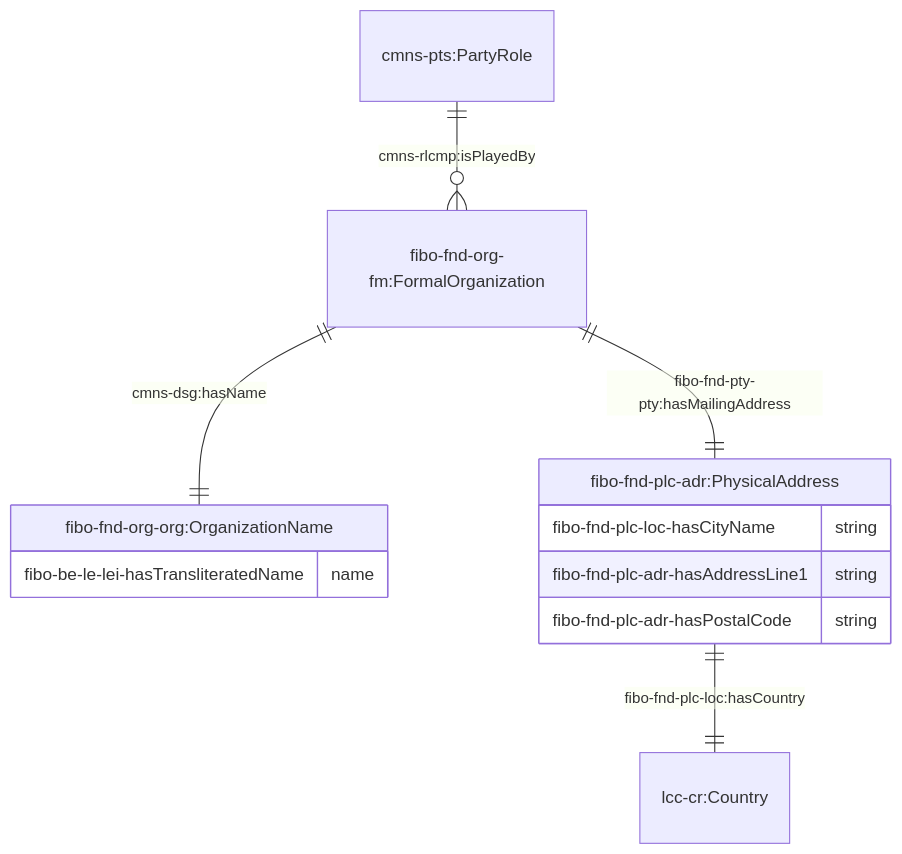
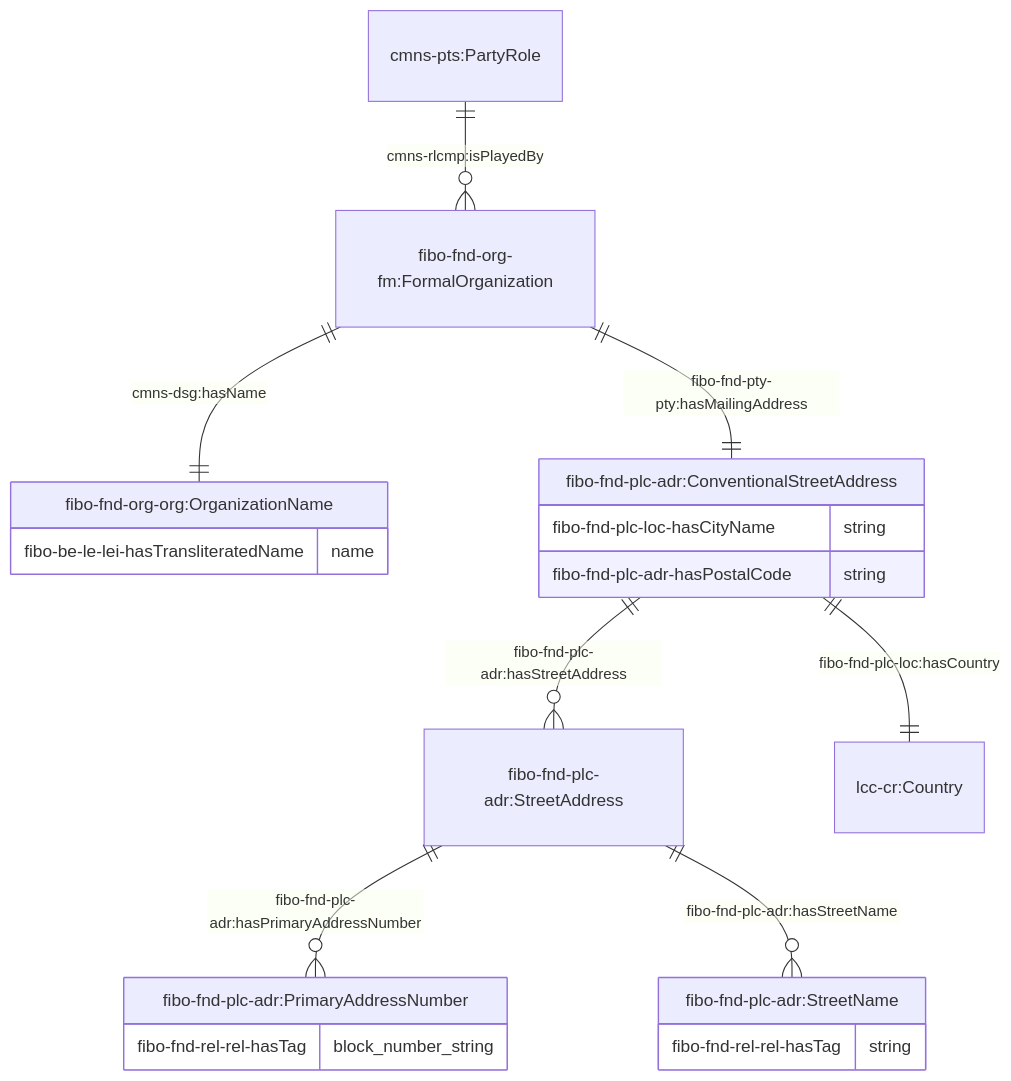
Before and after one commit to cambridge-cares/TheWorldAvatar: the first of 4 diagrams in JPS_Ontology/ontology/ontoprofile/README.MD, drawn with Mermaid. The commit also changed other lines of this file and 1 other file, not shown here.

Commit message:
dev-ontoservice-lifecycle: Updated physical address to conventional street address usage in ontoservice and ontoprofile documentation

````diff
--- a/JPS_Ontology/ontology/ontoprofile/README.MD
+++ b/JPS_Ontology/ontology/ontoprofile/README.MD
@@ -69,17 +69,27 @@
 ```mermaid
     erDiagram
     "fibo-fnd-org-fm:FormalOrganization" ||--|| "fibo-fnd-org-org:OrganizationName" : "cmns-dsg:hasName"
     "fibo-fnd-org-org:OrganizationName" {
         fibo-be-le-lei-hasTransliteratedName name
     }
 
-    "fibo-fnd-org-fm:FormalOrganization" ||--|| "fibo-fnd-plc-adr:PhysicalAddress" : "fibo-fnd-pty-pty:hasMailingAddress"
-    "fibo-fnd-plc-adr:PhysicalAddress" ||--|| "lcc-cr:Country" : "fibo-fnd-plc-loc:hasCountry"
-    "fibo-fnd-plc-adr:PhysicalAddress" {
+    "fibo-fnd-org-fm:FormalOrganization" ||--|| "fibo-fnd-plc-adr:ConventionalStreetAddress" : "fibo-fnd-pty-pty:hasMailingAddress"
+    "fibo-fnd-plc-adr:ConventionalStreetAddress" ||--o{ "fibo-fnd-plc-adr:StreetAddress" : "fibo-fnd-plc-adr:hasStreetAddress"
+    "fibo-fnd-plc-adr:ConventionalStreetAddress" ||--|| "lcc-cr:Country" : "fibo-fnd-plc-loc:hasCountry"
+    "fibo-fnd-plc-adr:ConventionalStreetAddress" {
         fibo-fnd-plc-loc-hasCityName string
-        fibo-fnd-plc-adr-hasAddressLine1 string
         fibo-fnd-plc-adr-hasPostalCode string
+    }
+
+    "fibo-fnd-plc-adr:StreetAddress" ||--o{ "fibo-fnd-plc-adr:PrimaryAddressNumber" : "fibo-fnd-plc-adr:hasPrimaryAddressNumber"
+    "fibo-fnd-plc-adr:StreetAddress" ||--o{ "fibo-fnd-plc-adr:StreetName" : "fibo-fnd-plc-adr:hasStreetName"
+
+    "fibo-fnd-plc-adr:PrimaryAddressNumber" {
+        fibo-fnd-rel-rel-hasTag block_number_string
+    }
+    "fibo-fnd-plc-adr:StreetName" {
+        fibo-fnd-rel-rel-hasTag string
     }
 
     "cmns-pts:PartyRole" ||--o{ "fibo-fnd-org-fm:FormalOrganization"  : "cmns-rlcmp:isPlayedBy"
 ```
````
